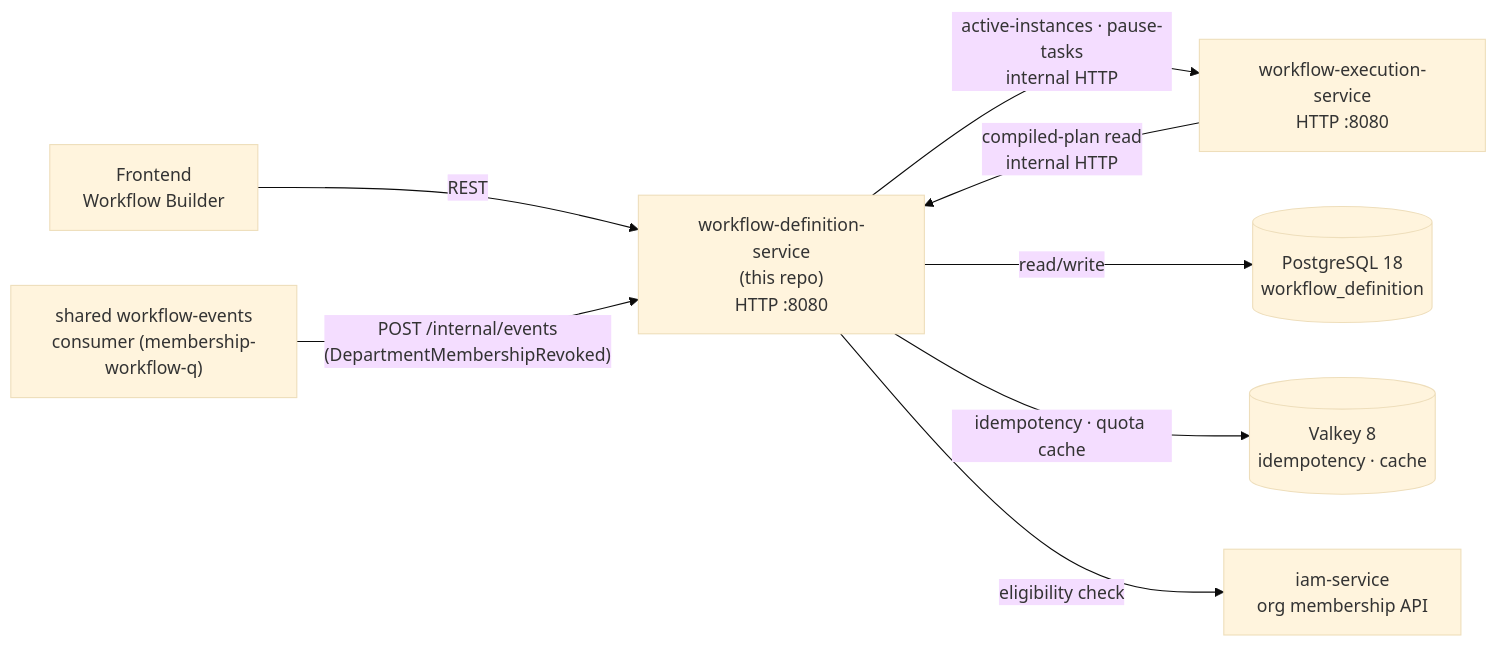
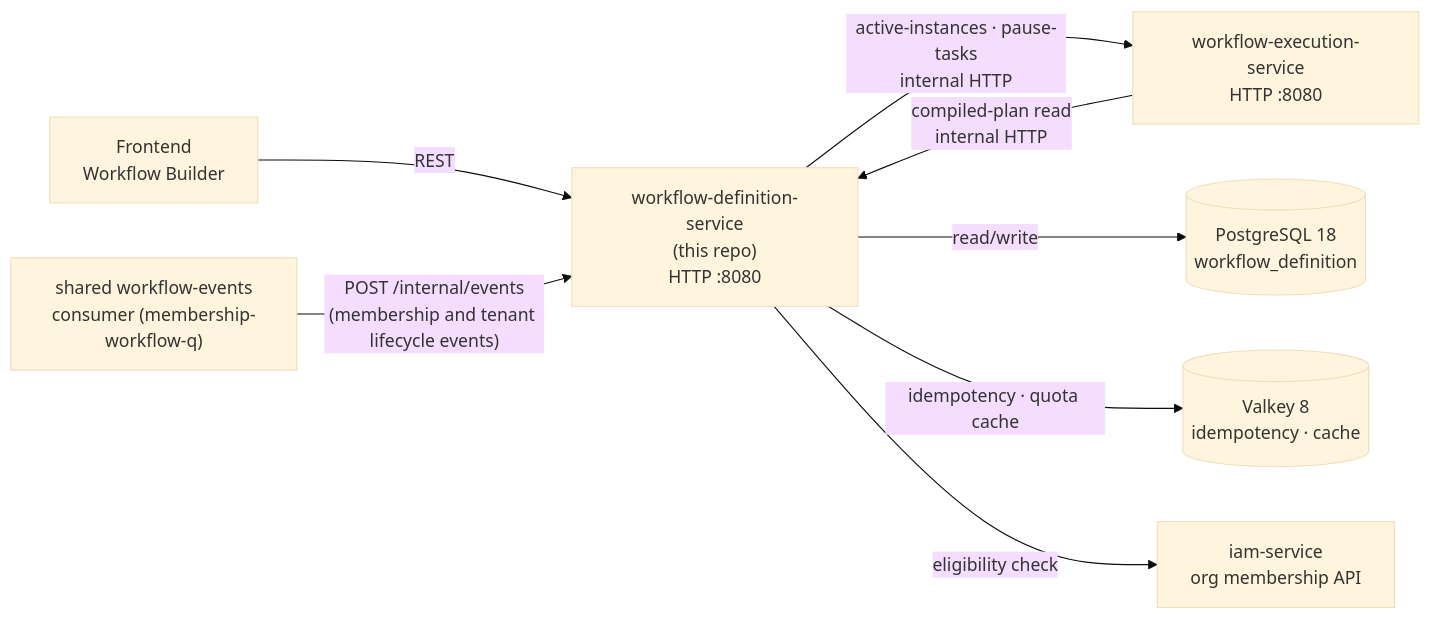
The diagram in docs/architecture/mermaid/system-context.mmd (BCBP-SOLUTIONS-FZC-LLC/workflow-definition-service), drawn with Mermaid (base theme) before and after one commit. The commit also changed 4 other files, not shown here.

Commit message:
The docs name all four inbound events and show the tenant offboarding flow

```diff
--- a/docs/architecture/mermaid/system-context.mmd
+++ b/docs/architecture/mermaid/system-context.mmd
@@ -1,16 +1,16 @@
 flowchart LR
     FE["Frontend\nWorkflow Builder"]
     DEF["workflow-definition-service\n(this repo)\nHTTP :8080"]
     EXEC["workflow-execution-service\nHTTP :8080"]
     DB[("PostgreSQL 18\nworkflow_definition")]
     CACHE[("Valkey 8\nidempotency · cache")]
     CONSUMER["shared workflow-events\nconsumer (membership-workflow-q)"]
     IAM["iam-service\norg membership API"]
 
     FE -->|"REST"| DEF
     EXEC -->|"compiled-plan read\ninternal HTTP"| DEF
     DEF -->|"active-instances · pause-tasks\ninternal HTTP"| EXEC
     DEF -->|"read/write"| DB
     DEF -->|"idempotency · quota cache"| CACHE
-    CONSUMER -->|"POST /internal/events\n(DepartmentMembershipRevoked)"| DEF
+    CONSUMER -->|"POST /internal/events\n(membership and tenant lifecycle events)"| DEF
     DEF -->|"eligibility check"| IAM
```
